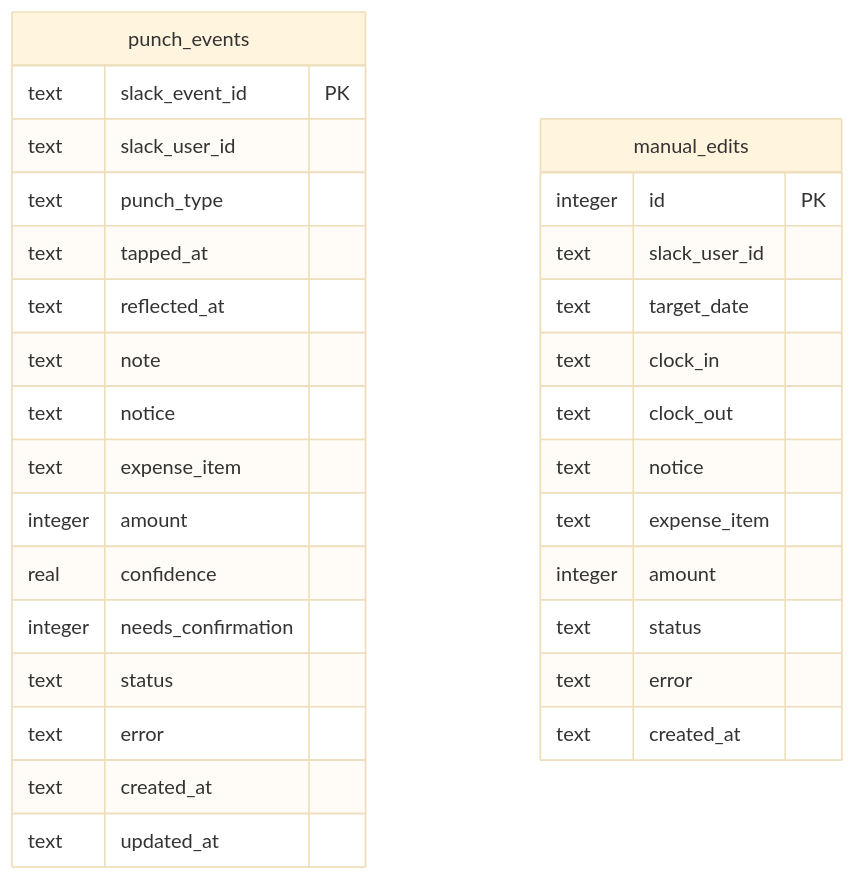
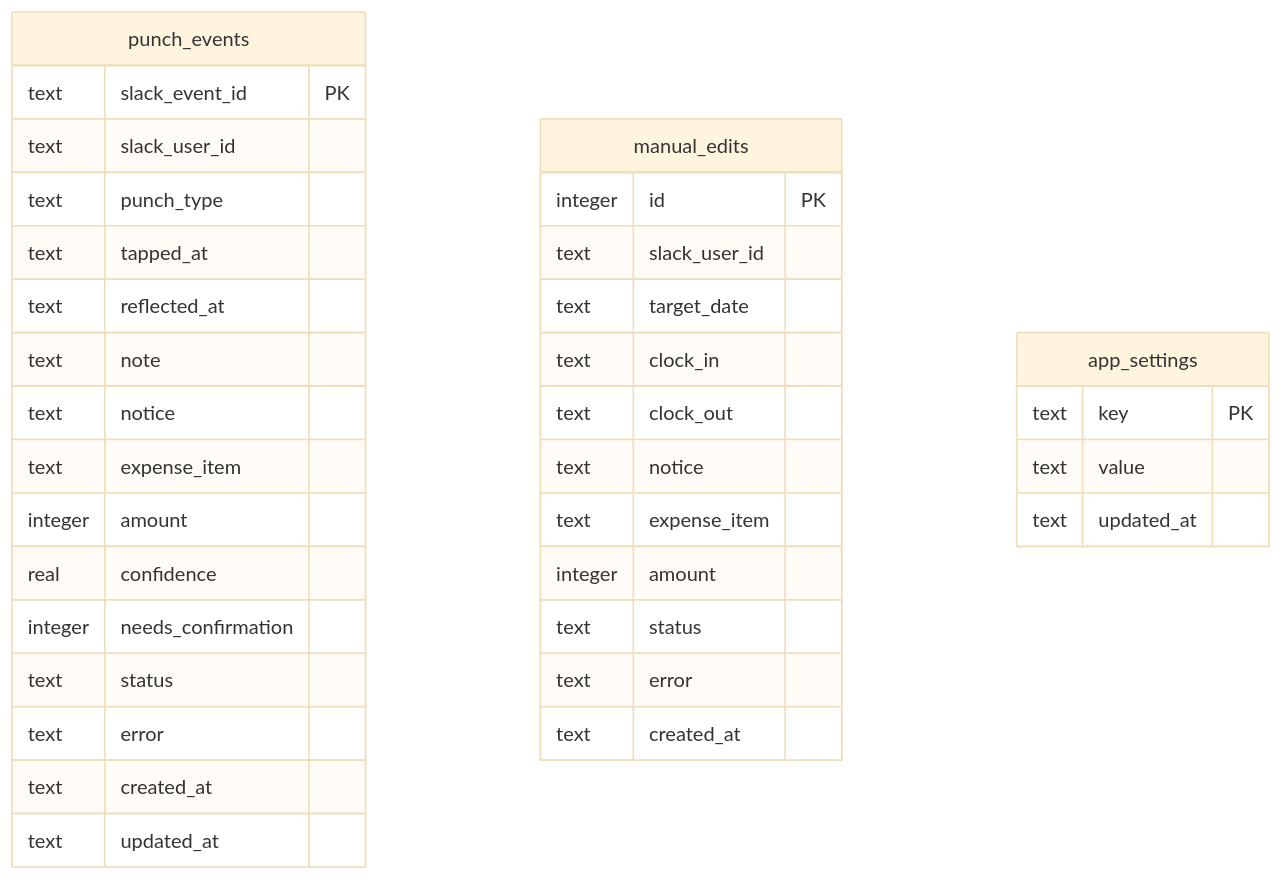
One commit to Shintaro-Abe/TapInShift changed the sixth of 6 diagrams in docs/functional-design.md. Above: the diagram before and after it, drawn with Mermaid (base theme). The commit also changed other lines of this file and 11 other files, not shown here.

````diff
--- a/docs/functional-design.md
+++ b/docs/functional-design.md
@@ -165,34 +189,40 @@
 ```mermaid
 erDiagram
     punch_events {
         text slack_event_id PK
         text slack_user_id
         text punch_type
         text tapped_at
         text reflected_at
         text note
         text notice
         text expense_item
         integer amount
         real confidence
         integer needs_confirmation
         text status
         text error
         text created_at
         text updated_at
     }
 
     manual_edits {
         integer id PK
         text slack_user_id
         text target_date
         text clock_in
         text clock_out
         text notice
         text expense_item
         integer amount
         text status
         text error
         text created_at
     }
+
+    app_settings {
+        text key PK
+        text value
+        text updated_at
+    }
 ```
````
